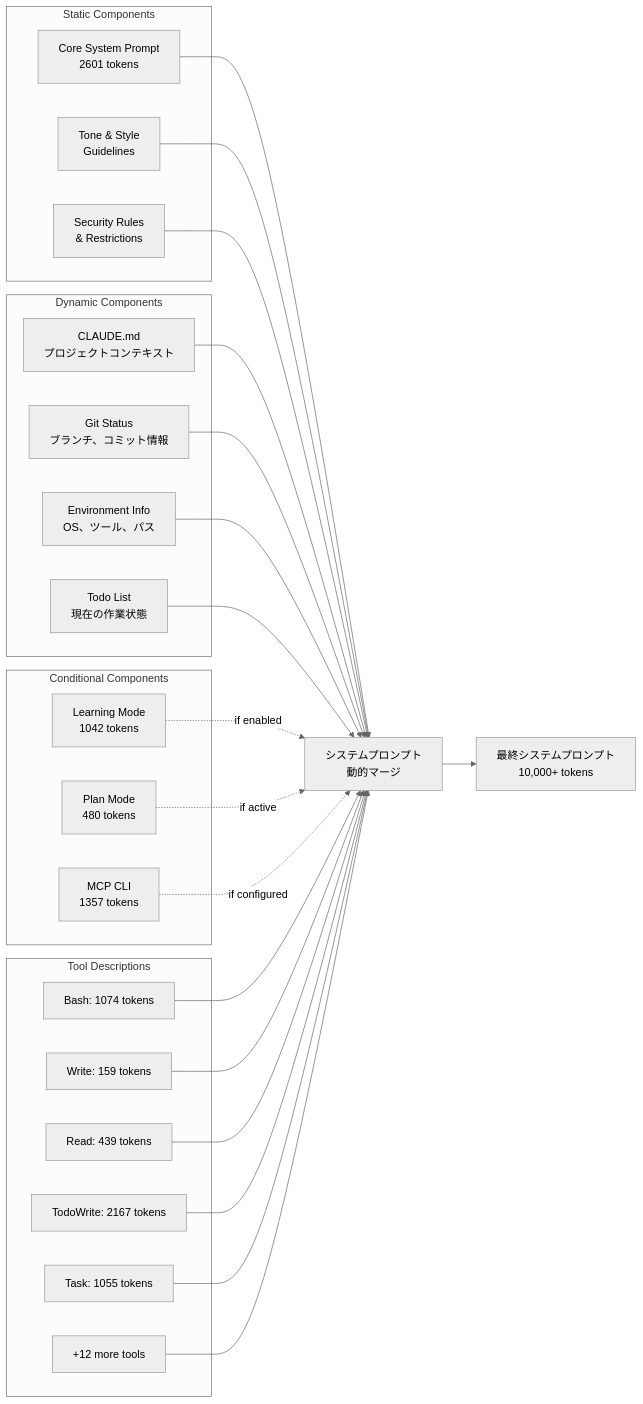
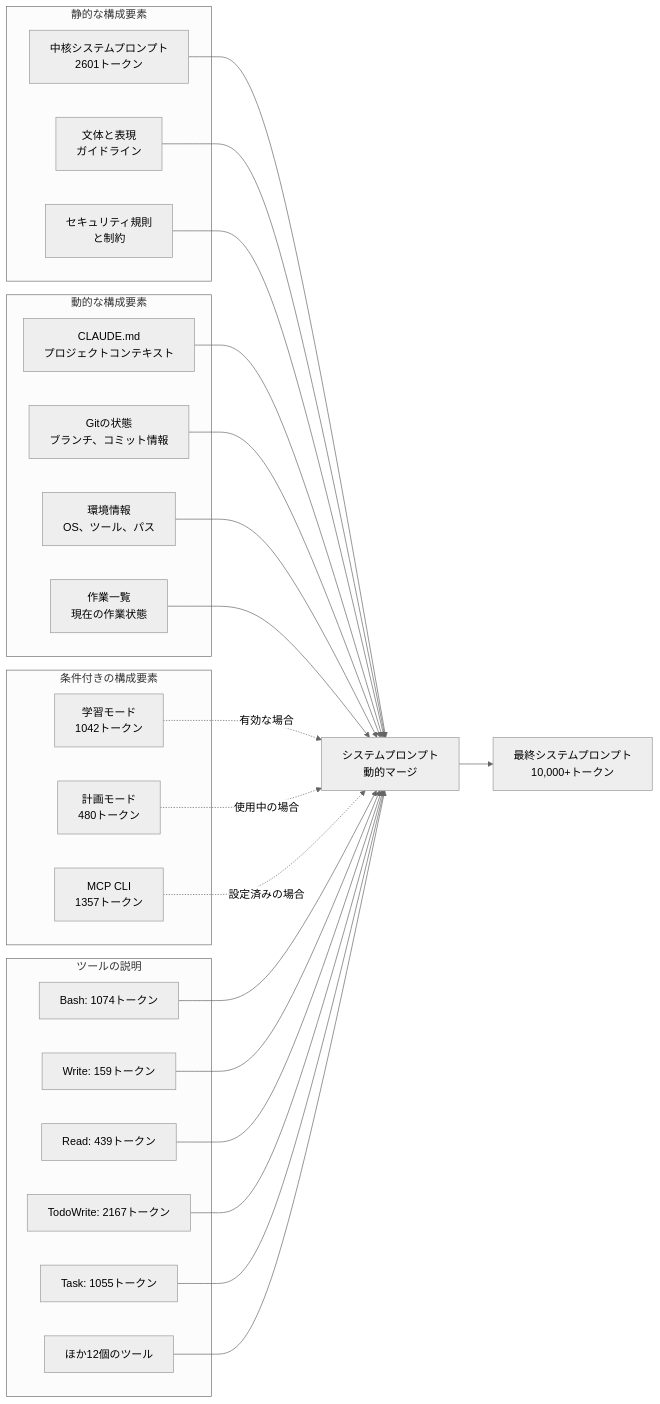
One commit to roboco-io/roboco-io.github.io changed the second of 7 diagrams in content/ja/posts/claude-code-deep-dive.md. Above: the diagram before and after it, drawn with Mermaid (neutral theme). The commit also changed other lines of this file and 23 other files, not shown here.

Commit message:
content: localize translated images and Japanese Mermaid diagrams

````diff
--- a/content/ja/posts/claude-code-deep-dive.md
+++ b/content/ja/posts/claude-code-deep-dive.md
@@ -138,50 +138,50 @@
 ```mermaid
 graph LR
-    subgraph "Static Components"
-        A[Core System Prompt<br/>2601 tokens]
-        B[Tone & Style<br/>Guidelines]
-        C[Security Rules<br/>& Restrictions]
+    subgraph "静的な構成要素"
+        A[中核システムプロンプト<br/>2601トークン]
+        B[文体と表現<br/>ガイドライン]
+        C[セキュリティ規則<br/>と制約]
     end
     
-    subgraph "Dynamic Components"
+    subgraph "動的な構成要素"
         D[CLAUDE.md<br/>プロジェクトコンテキスト]
-        E[Git Status<br/>ブランチ、コミット情報]
-        F[Environment Info<br/>OS、ツール、パス]
-        G[Todo List<br/>現在の作業状態]
+        E[Gitの状態<br/>ブランチ、コミット情報]
+        F[環境情報<br/>OS、ツール、パス]
+        G[作業一覧<br/>現在の作業状態]
     end
     
-    subgraph "Conditional Components"
-        H[Learning Mode<br/>1042 tokens]
-        I[Plan Mode<br/>480 tokens]
-        J[MCP CLI<br/>1357 tokens]
+    subgraph "条件付きの構成要素"
+        H[学習モード<br/>1042トークン]
+        I[計画モード<br/>480トークン]
+        J[MCP CLI<br/>1357トークン]
     end
     
-    subgraph "Tool Descriptions"
-        K[Bash: 1074 tokens]
-        L[Write: 159 tokens]
-        M[Read: 439 tokens]
-        N[TodoWrite: 2167 tokens]
-        O[Task: 1055 tokens]
-        P[+12 more tools]
+    subgraph "ツールの説明"
+        K[Bash: 1074トークン]
+        L[Write: 159トークン]
+        M[Read: 439トークン]
+        N[TodoWrite: 2167トークン]
+        O[Task: 1055トークン]
+        P[ほか12個のツール]
     end
     
     A --> Merge[システムプロンプト<br/>動的マージ]
     B --> Merge
     C --> Merge
     D --> Merge
     E --> Merge
     F --> Merge
     G --> Merge
-    H -.->|if enabled| Merge
-    I -.->|if active| Merge
-    J -.->|if configured| Merge
+    H -.->|有効な場合| Merge
+    I -.->|使用中の場合| Merge
+    J -.->|設定済みの場合| Merge
     K --> Merge
     L --> Merge
     M --> Merge
     N --> Merge
     O --> Merge
     P --> Merge
     
-    Merge --> Final[最終システムプロンプト<br/>10,000+ tokens]
+    Merge --> Final[最終システムプロンプト<br/>10,000+トークン]
     
 ```
````
